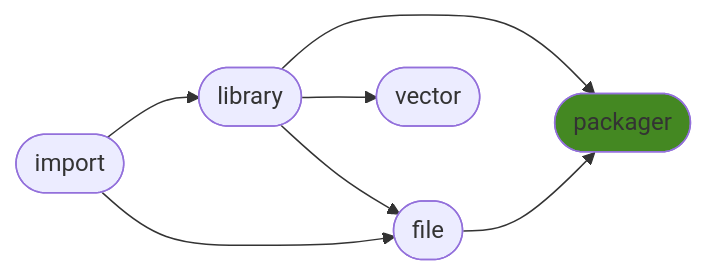
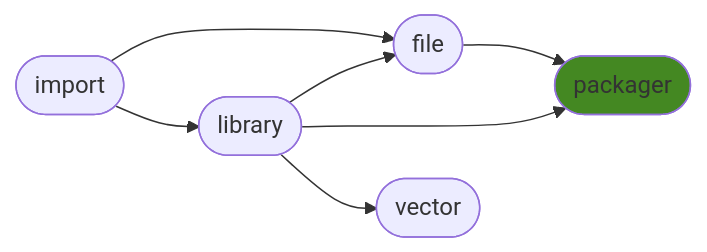
Before and after one commit to ManderaGeneral/generalpackager: the diagram in README.md, drawn with Mermaid. The commit also changed other lines of this file, not shown here.

````diff
--- a/README.md
+++ b/README.md
@@ -24,15 +24,15 @@
 ```mermaid
 flowchart LR
+0([import]) --> 2([file])
+1([library]) --> 2([file])
+1([library]) --> 4([packager])
+0([import]) --> 1([library])
+2([file]) --> 4([packager])
 1([library]) --> 3([vector])
-0([import]) --> 1([library])
-1([library]) --> 2([file])
-0([import]) --> 2([file])
-1([library]) --> 4([packager])
-2([file]) --> 4([packager])
 click 0 "https://github.com/ManderaGeneral/generalimport"
 click 1 "https://github.com/ManderaGeneral/generallibrary"
 click 2 "https://github.com/ManderaGeneral/generalfile"
 click 3 "https://github.com/ManderaGeneral/generalvector"
 click 4 "https://github.com/ManderaGeneral/generalpackager"
 style 4 fill:#482
 ```
````
